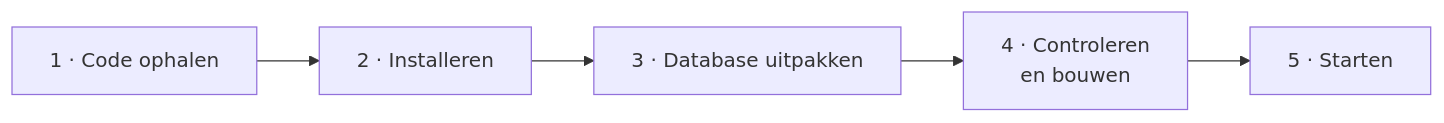
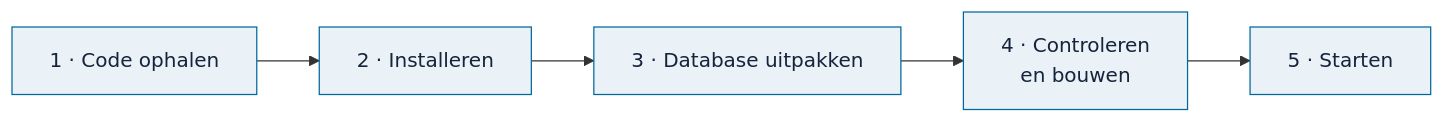
Before and after one commit to Robert-Worm/omnibus: the diagram in docs/gebruiken/installeren.md, drawn with Mermaid. The commit also changed 16 other files, not shown here.

First line of the commit message:
Schema's in de huisstijl

````diff
--- a/docs/gebruiken/installeren.md
+++ b/docs/gebruiken/installeren.md
@@ -17,4 +17,5 @@
 ```mermaid
 flowchart LR
     A["1 · Code ophalen"] --> B["2 · Installeren"] --> C["3 · Database uitpakken"] --> D["4 · Controleren<br/>en bouwen"] --> E["5 · Starten"]
+    classDef default fill:#eaf2f8,stroke:#01689b,color:#15233b;
 ```
````
